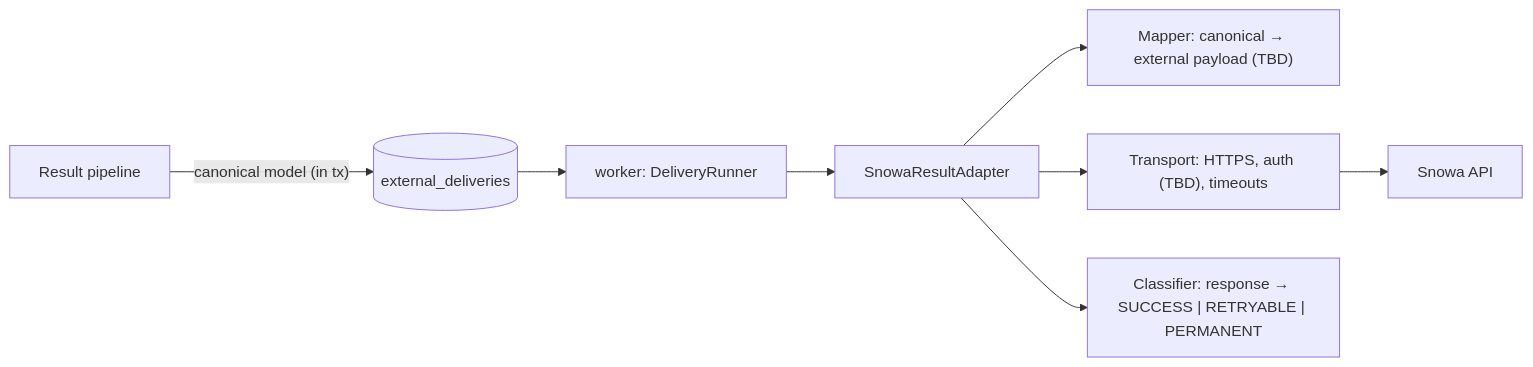
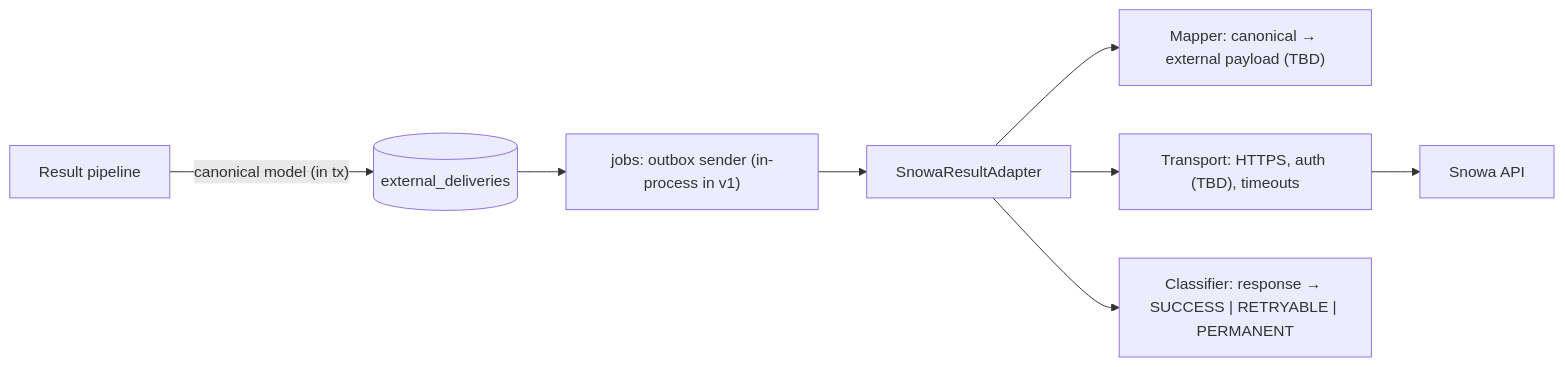
Before and after one commit to osameh15/Snowa-Exhibition-Game: the first of 3 diagrams in docs/04-api/08-external-snowa-adapter.md, drawn with Mermaid. The commit also changed other lines of this file and 61 other files, not shown here.

First line of the commit message:
docs: right-size secure exhibition architecture

````diff
--- a/docs/04-api/08-external-snowa-adapter.md
+++ b/docs/04-api/08-external-snowa-adapter.md
@@ -7,10 +7,10 @@
 ```mermaid
 flowchart LR
   RP["Result pipeline"] -->|"canonical model (in tx)"| OB[("external_deliveries")]
-  OB --> WK["worker: DeliveryRunner"]
+  OB --> WK["jobs: outbox sender (in-process in v1)"]
   WK --> AD["SnowaResultAdapter"]
   AD --> MAP["Mapper: canonical → external payload (TBD)"]
   AD --> TR["Transport: HTTPS, auth (TBD), timeouts"]
   AD --> CL["Classifier: response → SUCCESS | RETRYABLE | PERMANENT"]
   TR --> EXT["Snowa API"]
 ```
````
